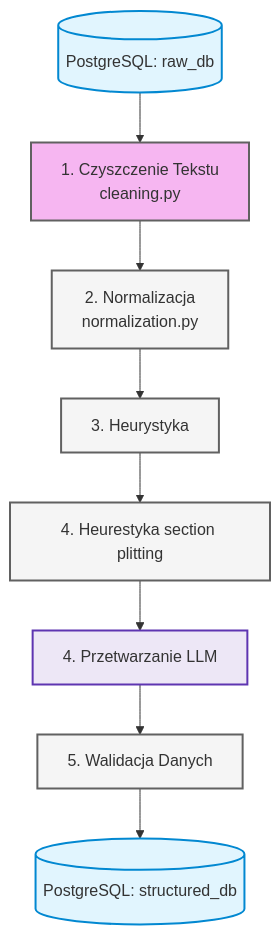
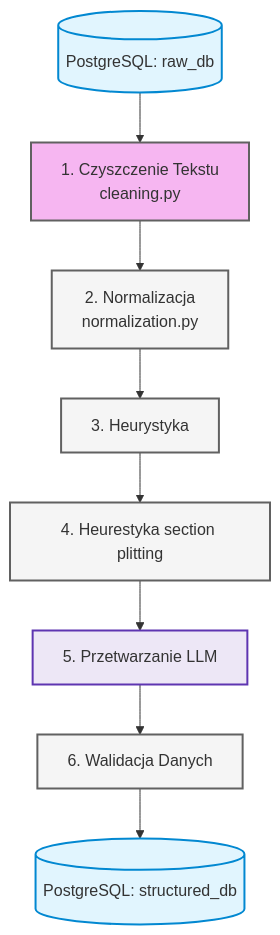
Before and after one commit to KamiiilPawlak/cv-ai-matcher: the diagram in docs/reference/etl_cv_services.md, drawn with Mermaid. The commit also changed other lines of this file and 4 other files, not shown here.

````diff
--- a/docs/reference/etl_cv_services.md
+++ b/docs/reference/etl_cv_services.md
@@ -9,24 +9,24 @@
 ```mermaid
 graph TD
     %% Definicja stylów
     classDef database fill:#e1f5fe,stroke:#0288d1,stroke-width:2px;
     classDef process fill:#f5f5f5,stroke:#616161,stroke-width:2px;
     classDef llm fill:#ede7f6,stroke:#5e35b1,stroke-width:2px;
     classDef heurestyka fill:#f6b6f1,stroke:#616161,stroke-width:2px;
     classDef success fill:#e8f5e9,stroke:#2e7d32,stroke-width:2px;
 
     %% Elementy wykresu
     A[(PostgreSQL: raw_db)] --> B[1. Czyszczenie Tekstu<br>cleaning.py]
     B --> C[2. Normalizacja<br>normalization.py]
     C --> D[3. Heurystyka]
     D --> E[4. Heurestyka section plitting]
-    E --> F[4. Przetwarzanie LLM]
-    F --> G[5. Walidacja Danych]
+    E --> F[5. Przetwarzanie LLM]
+    F --> G[6. Walidacja Danych]
     G --> H[(PostgreSQL: structured_db)]
 
     %% Przypisanie stylów
     class C,D,E,G process;
     class A,H database;
     class F llm;
     class B heurestyka;
 ```
````
